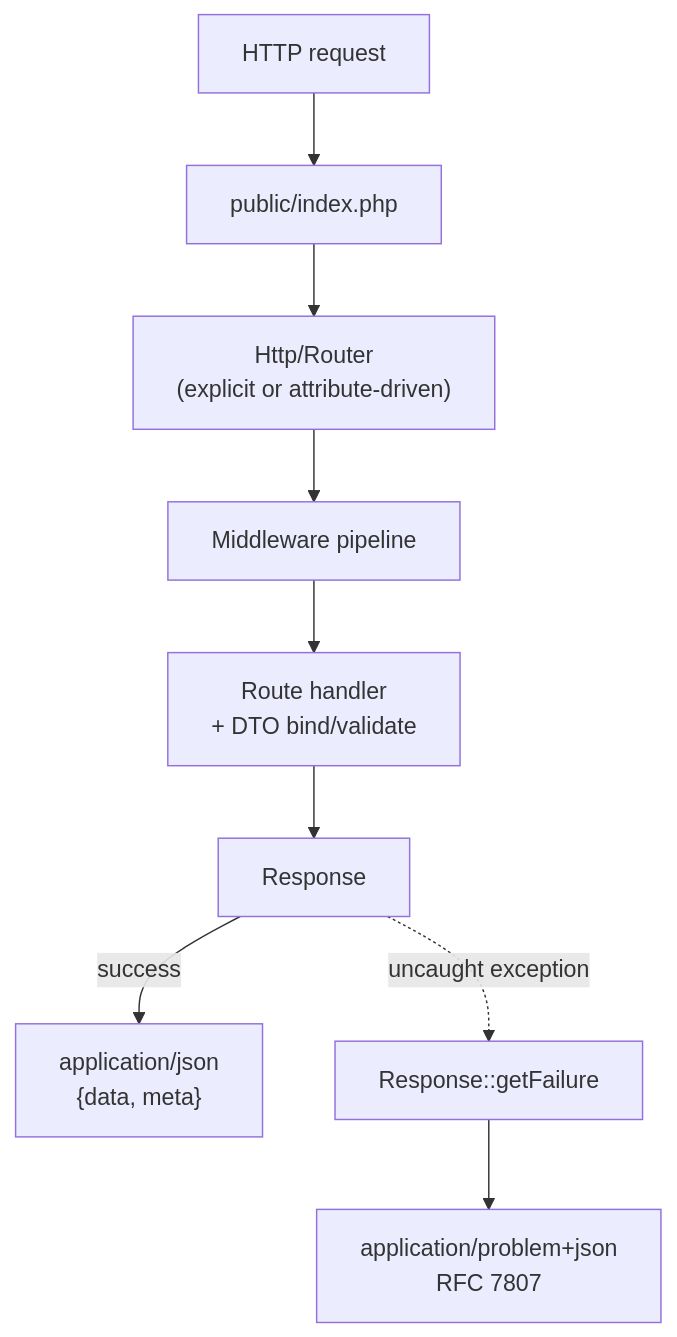
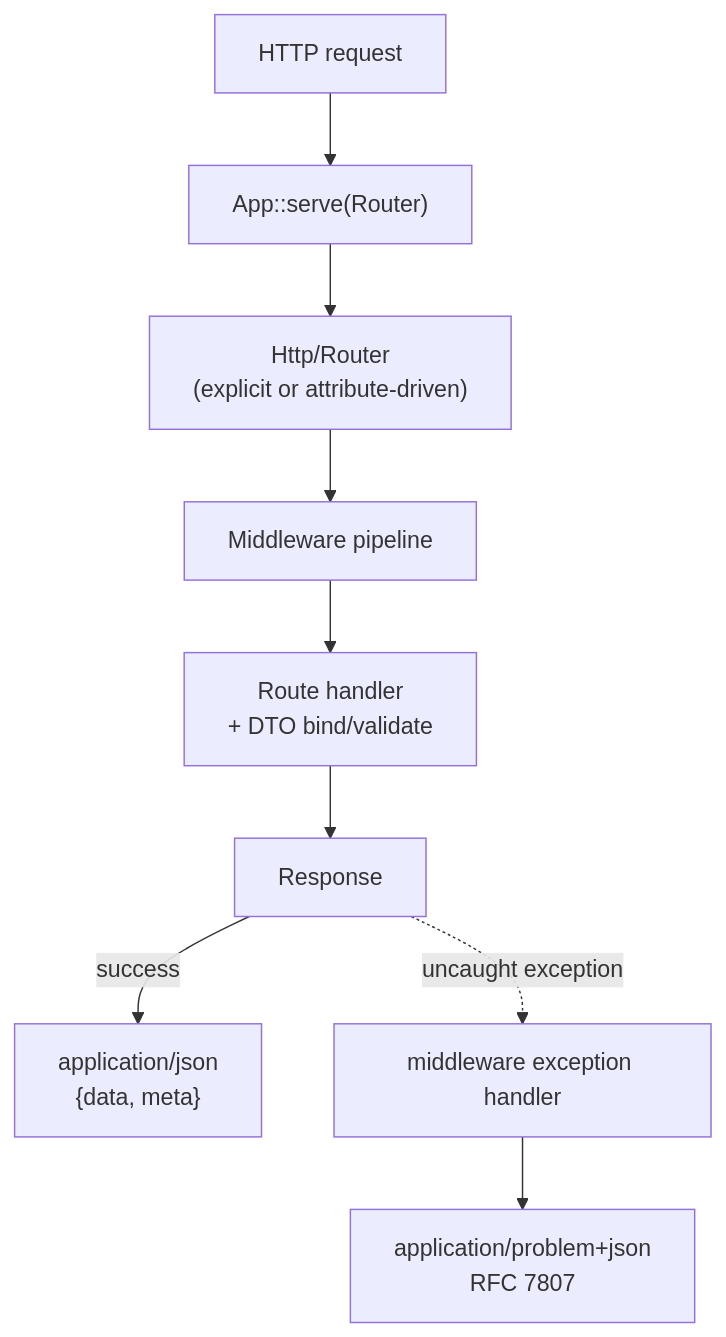
The diagram in README.md (davidwyly/rxn), drawn with Mermaid before and after one commit. The commit also changed other lines of this file and 96 other files, not shown here.

````diff
--- a/README.md
+++ b/README.md
@@ -30,11 +37,11 @@
 ```mermaid
 flowchart TB
-    Req["HTTP request"] --> Index["public/index.php"]
-    Index --> Router["Http/Router<br/>(explicit or attribute-driven)"]
+    Req["HTTP request"] --> Serve["App::serve(Router)"]
+    Serve --> Router["Http/Router<br/>(explicit or attribute-driven)"]
     Router --> Pipeline["Middleware pipeline"]
     Pipeline --> Handler["Route handler<br/>+ DTO bind/validate"]
     Handler --> Resp["Response"]
     Resp -->|success| OK["application/json<br/>{data, meta}"]
-    Resp -. uncaught exception .-> Fail["Response::getFailure"]
+    Resp -. uncaught exception .-> Fail["middleware exception handler"]
     Fail --> PD["application/problem+json<br/>RFC 7807"]
 ```
````
